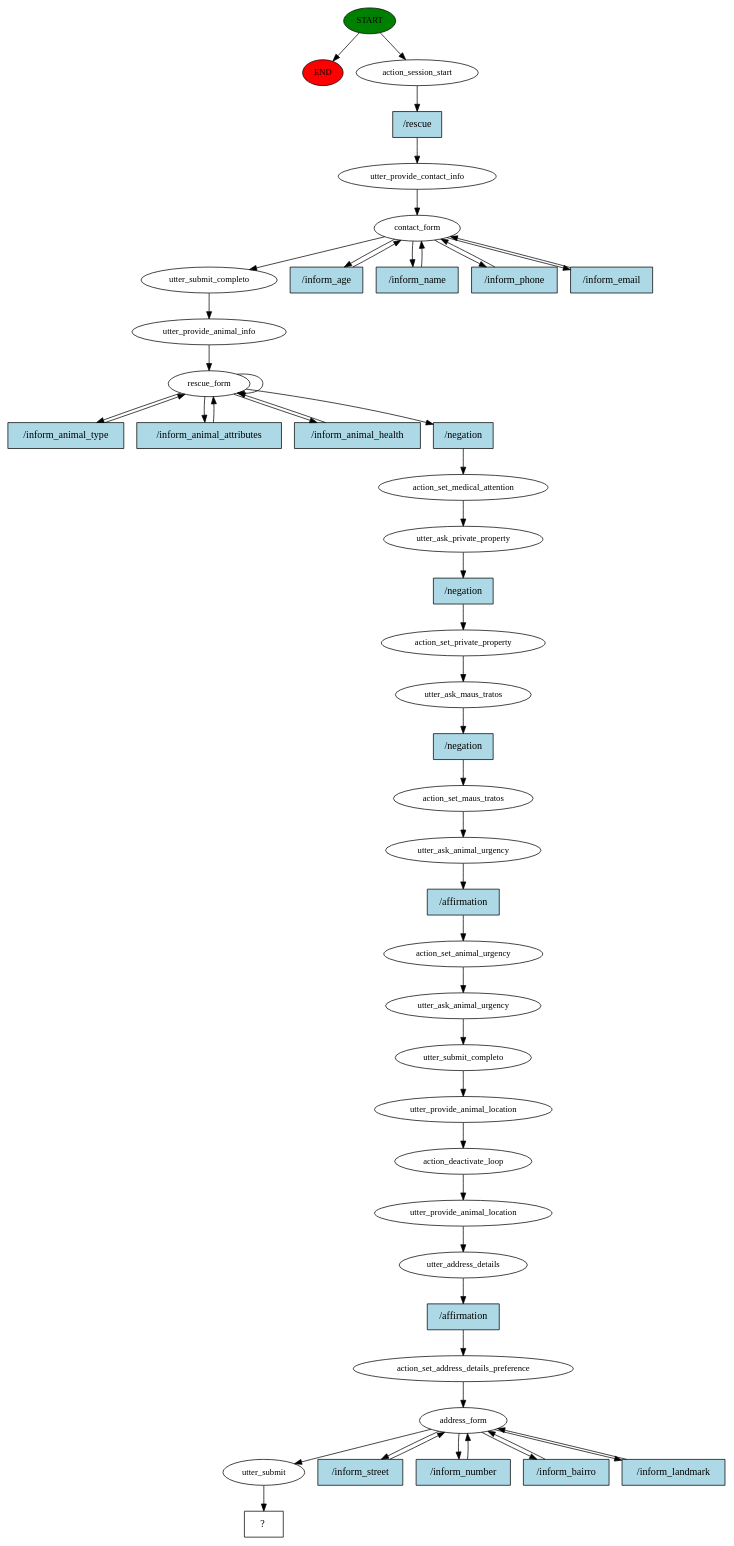
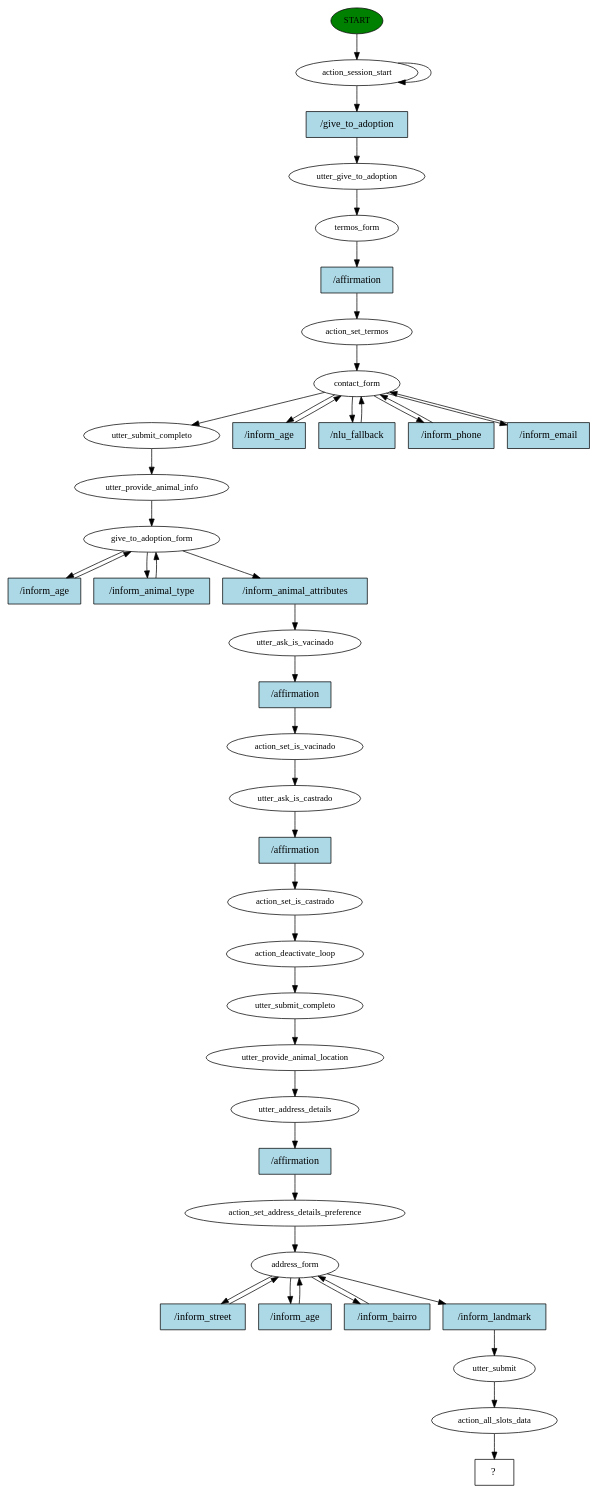
One commit to mercurioLino/av-daap changed the diagram in story_graph.dot. Above: the diagram before and after it, drawn with Graphviz. The commit also changed 17 other files, not shown here.

```diff
--- a/story_graph.dot
+++ b/story_graph.dot
@@ -1,97 +1,87 @@
 digraph  {
 0 [class="start active", fillcolor=green, fontsize=12, label=START, style=filled];
-"-1" [class=end, fillcolor=red, fontsize=12, label=END, style=filled];
 1 [class=active, fontsize=12, label=action_session_start];
-2 [class=active, fontsize=12, label=utter_provide_contact_info];
-3 [class=active, fontsize=12, label=contact_form];
-8 [class=active, fontsize=12, label=utter_submit_completo];
-9 [class=active, fontsize=12, label=utter_provide_animal_info];
-10 [class=active, fontsize=12, label=rescue_form];
-18 [class=active, fontsize=12, label=action_set_medical_attention];
-19 [class=active, fontsize=12, label=utter_ask_private_property];
-20 [class=active, fontsize=12, label=action_set_private_property];
-21 [class=active, fontsize=12, label=utter_ask_maus_tratos];
-22 [class=active, fontsize=12, label=action_set_maus_tratos];
-23 [class=active, fontsize=12, label=utter_ask_animal_urgency];
-24 [class=active, fontsize=12, label=action_set_animal_urgency];
-25 [class=active, fontsize=12, label=utter_ask_animal_urgency];
-26 [class=active, fontsize=12, label=utter_submit_completo];
-27 [class=active, fontsize=12, label=utter_provide_animal_location];
-28 [class=active, fontsize=12, label=action_deactivate_loop];
-29 [class=active, fontsize=12, label=utter_provide_animal_location];
-30 [class=active, fontsize=12, label=utter_address_details];
-31 [class=active, fontsize=12, label=action_set_address_details_preference];
-32 [class=active, fontsize=12, label=address_form];
-37 [class=active, fontsize=12, label=utter_submit];
-38 [class="intent dashed active", label="  ?  ", shape=rect];
-39 [class="intent active", fillcolor=lightblue, label="/rescue", shape=rect, style=filled];
-40 [class="intent active", fillcolor=lightblue, label="/inform_age", shape=rect, style=filled];
-41 [class="intent active", fillcolor=lightblue, label="/inform_name", shape=rect, style=filled];
-42 [class="intent active", fillcolor=lightblue, label="/inform_phone", shape=rect, style=filled];
-43 [class="intent active", fillcolor=lightblue, label="/inform_email", shape=rect, style=filled];
-44 [class="intent active", fillcolor=lightblue, label="/inform_animal_type", shape=rect, style=filled];
-45 [class="intent active", fillcolor=lightblue, label="/inform_animal_attributes", shape=rect, style=filled];
-46 [class="intent active", fillcolor=lightblue, label="/inform_animal_health", shape=rect, style=filled];
-47 [class="intent active", fillcolor=lightblue, label="/negation", shape=rect, style=filled];
-48 [class="intent active", fillcolor=lightblue, label="/negation", shape=rect, style=filled];
-49 [class="intent active", fillcolor=lightblue, label="/negation", shape=rect, style=filled];
-50 [class="intent active", fillcolor=lightblue, label="/affirmation", shape=rect, style=filled];
-51 [class="intent active", fillcolor=lightblue, label="/affirmation", shape=rect, style=filled];
-52 [class="intent active", fillcolor=lightblue, label="/inform_street", shape=rect, style=filled];
-53 [class="intent active", fillcolor=lightblue, label="/inform_number", shape=rect, style=filled];
-54 [class="intent active", fillcolor=lightblue, label="/inform_bairro", shape=rect, style=filled];
-55 [class="intent active", fillcolor=lightblue, label="/inform_landmark", shape=rect, style=filled];
-0 -> "-1"  [class="", key=NONE, label=""];
+3 [class=active, fontsize=12, label=utter_give_to_adoption];
+4 [class=active, fontsize=12, label=termos_form];
+5 [class=active, fontsize=12, label=action_set_termos];
+6 [class=active, fontsize=12, label=contact_form];
+11 [class=active, fontsize=12, label=utter_submit_completo];
+12 [class=active, fontsize=12, label=utter_provide_animal_info];
+13 [class=active, fontsize=12, label=give_to_adoption_form];
+16 [class=active, fontsize=12, label=utter_ask_is_vacinado];
+17 [class=active, fontsize=12, label=action_set_is_vacinado];
+18 [class=active, fontsize=12, label=utter_ask_is_castrado];
+19 [class=active, fontsize=12, label=action_set_is_castrado];
+20 [class=active, fontsize=12, label=action_deactivate_loop];
+21 [class=active, fontsize=12, label=utter_submit_completo];
+22 [class=active, fontsize=12, label=utter_provide_animal_location];
+23 [class=active, fontsize=12, label=utter_address_details];
+24 [class=active, fontsize=12, label=action_set_address_details_preference];
+25 [class=active, fontsize=12, label=address_form];
+29 [class=active, fontsize=12, label=utter_submit];
+30 [class=active, fontsize=12, label=action_all_slots_data];
+31 [class="intent dashed active", label="  ?  ", shape=rect];
+32 [class="intent active", fillcolor=lightblue, label="/give_to_adoption", shape=rect, style=filled];
+33 [class="intent active", fillcolor=lightblue, label="/affirmation", shape=rect, style=filled];
+34 [class="intent active", fillcolor=lightblue, label="/inform_age", shape=rect, style=filled];
+35 [class="intent active", fillcolor=lightblue, label="/nlu_fallback", shape=rect, style=filled];
+36 [class="intent active", fillcolor=lightblue, label="/inform_phone", shape=rect, style=filled];
+37 [class="intent active", fillcolor=lightblue, label="/inform_email", shape=rect, style=filled];
+38 [class="intent active", fillcolor=lightblue, label="/inform_age", shape=rect, style=filled];
+39 [class="intent active", fillcolor=lightblue, label="/inform_animal_type", shape=rect, style=filled];
+40 [class="intent active", fillcolor=lightblue, label="/inform_animal_attributes", shape=rect, style=filled];
+41 [class="intent active", fillcolor=lightblue, label="/affirmation", shape=rect, style=filled];
+42 [class="intent active", fillcolor=lightblue, label="/affirmation", shape=rect, style=filled];
+43 [class="intent active", fillcolor=lightblue, label="/affirmation", shape=rect, style=filled];
+44 [class="intent active", fillcolor=lightblue, label="/inform_street", shape=rect, style=filled];
+45 [class="intent active", fillcolor=lightblue, label="/inform_age", shape=rect, style=filled];
+46 [class="intent active", fillcolor=lightblue, label="/inform_bairro", shape=rect, style=filled];
+47 [class="intent active", fillcolor=lightblue, label="/inform_landmark", shape=rect, style=filled];
 0 -> 1  [class=active, key=NONE, label=""];
-1 -> 39  [class=active, key=0];
-2 -> 3  [class=active, key=NONE, label=""];
-3 -> 8  [class=active, key=NONE, label=""];
-3 -> 40  [class=active, key=0];
-3 -> 41  [class=active, key=0];
-3 -> 42  [class=active, key=0];
-3 -> 43  [class=active, key=0];
-8 -> 9  [class=active, key=NONE, label=""];
-9 -> 10  [class=active, key=NONE, label=""];
-10 -> 10  [class=active, key=NONE, label=""];
-10 -> 44  [class=active, key=0];
-10 -> 45  [class=active, key=0];
-10 -> 46  [class=active, key=0];
-10 -> 47  [class=active, key=0];
-18 -> 19  [class=active, key=NONE, label=""];
-19 -> 48  [class=active, key=0];
+1 -> 1  [class=active, key=NONE, label=""];
+1 -> 32  [class=active, key=0];
+3 -> 4  [class=active, key=NONE, label=""];
+4 -> 33  [class=active, key=0];
+5 -> 6  [class=active, key=NONE, label=""];
+6 -> 11  [class=active, key=NONE, label=""];
+6 -> 34  [class=active, key=0];
+6 -> 35  [class=active, key=0];
+6 -> 36  [class=active, key=0];
+6 -> 37  [class=active, key=0];
+11 -> 12  [class=active, key=NONE, label=""];
+12 -> 13  [class=active, key=NONE, label=""];
+13 -> 38  [class=active, key=0];
+13 -> 39  [class=active, key=0];
+13 -> 40  [class=active, key=0];
+16 -> 41  [class=active, key=0];
+17 -> 18  [class=active, key=NONE, label=""];
+18 -> 42  [class=active, key=0];
+19 -> 20  [class=active, key=NONE, label=""];
 20 -> 21  [class=active, key=NONE, label=""];
-21 -> 49  [class=active, key=0];
+21 -> 22  [class=active, key=NONE, label=""];
 22 -> 23  [class=active, key=NONE, label=""];
-23 -> 50  [class=active, key=0];
+23 -> 43  [class=active, key=0];
 24 -> 25  [class=active, key=NONE, label=""];
-25 -> 26  [class=active, key=NONE, label=""];
-26 -> 27  [class=active, key=NONE, label=""];
-27 -> 28  [class=active, key=NONE, label=""];
-28 -> 29  [class=active, key=NONE, label=""];
+25 -> 44  [class=active, key=0];
+25 -> 45  [class=active, key=0];
+25 -> 46  [class=active, key=0];
+25 -> 47  [class=active, key=0];
 29 -> 30  [class=active, key=NONE, label=""];
-30 -> 51  [class=active, key=0];
-31 -> 32  [class=active, key=NONE, label=""];
-32 -> 37  [class=active, key=NONE, label=""];
-32 -> 52  [class=active, key=0];
-32 -> 53  [class=active, key=0];
-32 -> 54  [class=active, key=0];
-32 -> 55  [class=active, key=0];
-37 -> 38  [class=active, key=NONE, label=""];
-39 -> 2  [class=active, key=0];
-40 -> 3  [class=active, key=0];
-41 -> 3  [class=active, key=0];
-42 -> 3  [class=active, key=0];
-43 -> 3  [class=active, key=0];
-44 -> 10  [class=active, key=0];
-45 -> 10  [class=active, key=0];
-46 -> 10  [class=active, key=0];
-47 -> 18  [class=active, key=0];
-48 -> 20  [class=active, key=0];
-49 -> 22  [class=active, key=0];
-50 -> 24  [class=active, key=0];
-51 -> 31  [class=active, key=0];
-52 -> 32  [class=active, key=0];
-53 -> 32  [class=active, key=0];
-54 -> 32  [class=active, key=0];
-55 -> 32  [class=active, key=0];
+30 -> 31  [class=active, key=NONE, label=""];
+32 -> 3  [class=active, key=0];
+33 -> 5  [class=active, key=0];
+34 -> 6  [class=active, key=0];
+35 -> 6  [class=active, key=0];
+36 -> 6  [class=active, key=0];
+37 -> 6  [class=active, key=0];
+38 -> 13  [class=active, key=0];
+39 -> 13  [class=active, key=0];
+40 -> 16  [class=active, key=0];
+41 -> 17  [class=active, key=0];
+42 -> 19  [class=active, key=0];
+43 -> 24  [class=active, key=0];
+44 -> 25  [class=active, key=0];
+45 -> 25  [class=active, key=0];
+46 -> 25  [class=active, key=0];
+47 -> 29  [class=active, key=0];
 }
```
